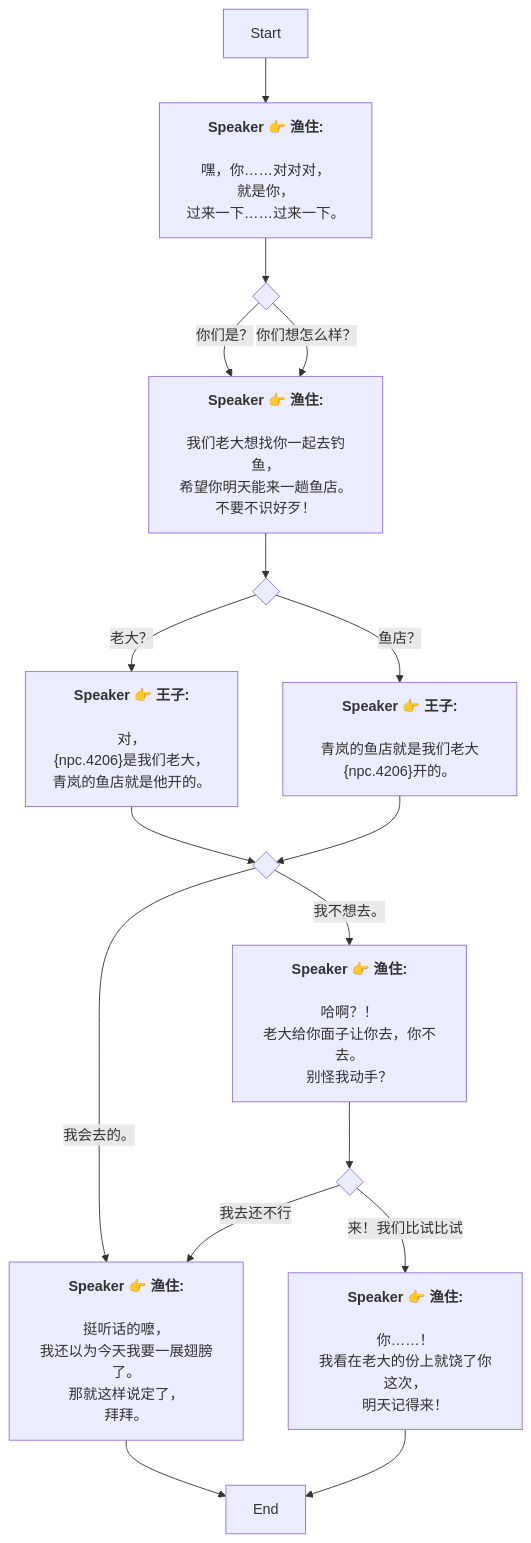
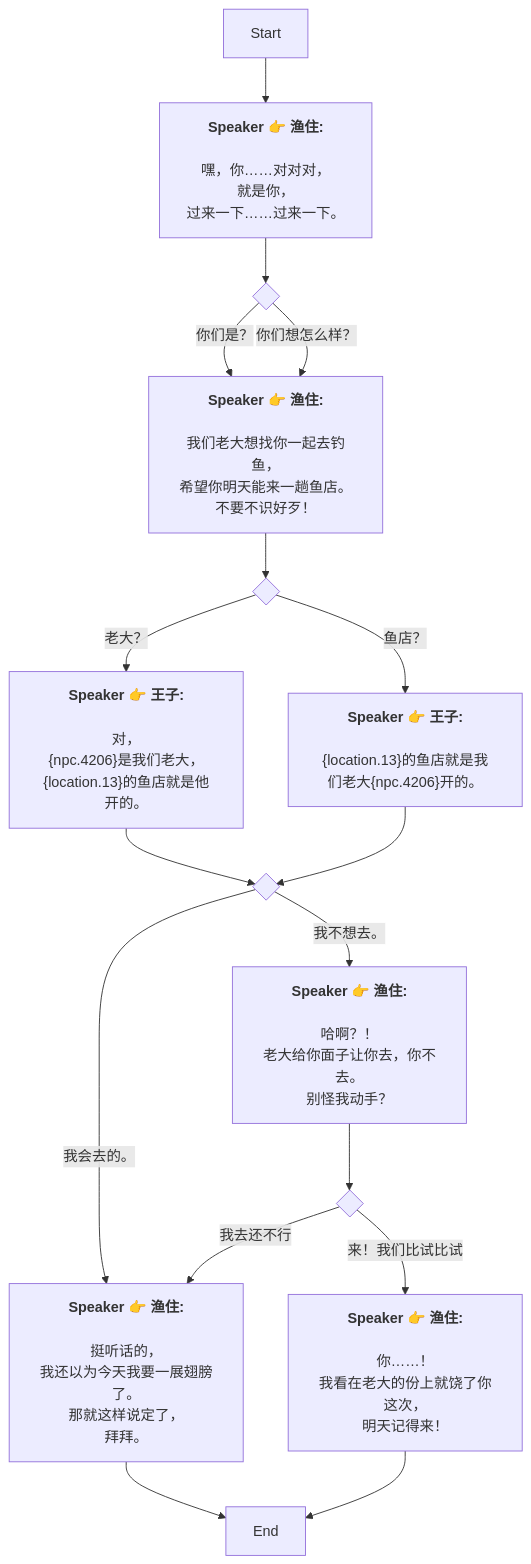
The diagram in Zh/QuestStartTalkENode_1756252907624665.md (SoftHu/tos_avg), drawn with Mermaid before and after one commit. The commit also changed 199 other files, not shown here.

````diff
--- a/Zh/QuestStartTalkENode_1756252907624665.md
+++ b/Zh/QuestStartTalkENode_1756252907624665.md
@@ -1,56 +1,56 @@
 ```mermaid
 graph
 Start -->1756252963994844[<b>Speaker 👉 渔住:</b>
 
 嘿，你……对对对，
 就是你，
 过来一下……过来一下。]
 1756252963994844 -->1756252982107357{ }
 1756252982107357 -->|你们是？|1756253006232805[<b>Speaker 👉 渔住:</b>
 
 我们老大想找你一起去钓鱼，
 希望你明天能来一趟鱼店。
 不要不识好歹！]
 1756252982107357 -->|你们想怎么样？|1756253006232805[<b>Speaker 👉 渔住:</b>
 
 我们老大想找你一起去钓鱼，
 希望你明天能来一趟鱼店。
 不要不识好歹！]
 1756253006232805 -->1756253036977382{ }
 1756253036977382 -->|老大？|1756253051721963[<b>Speaker 👉 王子:</b>
 
 对，
 &lbrace;npc.4206&rbrace;是我们老大，
-青岚的鱼店就是他开的。]
+&lbrace;location.13&rbrace;的鱼店就是他开的。]
 1756253036977382 -->|鱼店？|1756253083186413[<b>Speaker 👉 王子:</b>
 
-青岚的鱼店就是我们老大&lbrace;npc.4206&rbrace;开的。]
+&lbrace;location.13&rbrace;的鱼店就是我们老大&lbrace;npc.4206&rbrace;开的。]
 1756253051721963 -->1756253126823150{ }
 1756253126823150 -->|我会去的。|1756253146034419[<b>Speaker 👉 渔住:</b>
 
-挺听话的嚒，
+挺听话的，
 我还以为今天我要一展翅膀了。
 那就这样说定了，
 拜拜。]
 1756253126823150 -->|我不想去。|1756253182380276[<b>Speaker 👉 渔住:</b>
 
 哈啊？！
 老大给你面子让你去，你不去。
 别怪我动手？]
 1756253146034419 -->1756253275416827[End]
 1756253182380276 -->1756253203301621{ }
 1756253203301621 -->|我去还不行|1756253146034419[<b>Speaker 👉 渔住:</b>
 
-挺听话的嚒，
+挺听话的，
 我还以为今天我要一展翅膀了。
 那就这样说定了，
 拜拜。]
 1756253203301621 -->|来！我们比试比试|1756253236786426[<b>Speaker 👉 渔住:</b>
 
 你……！
 我看在老大的份上就饶了你这次，
 明天记得来！]
 1756253236786426 -->1756253275416827[End]
 1756253083186413 -->1756253126823150{ }
 
  ```
````
